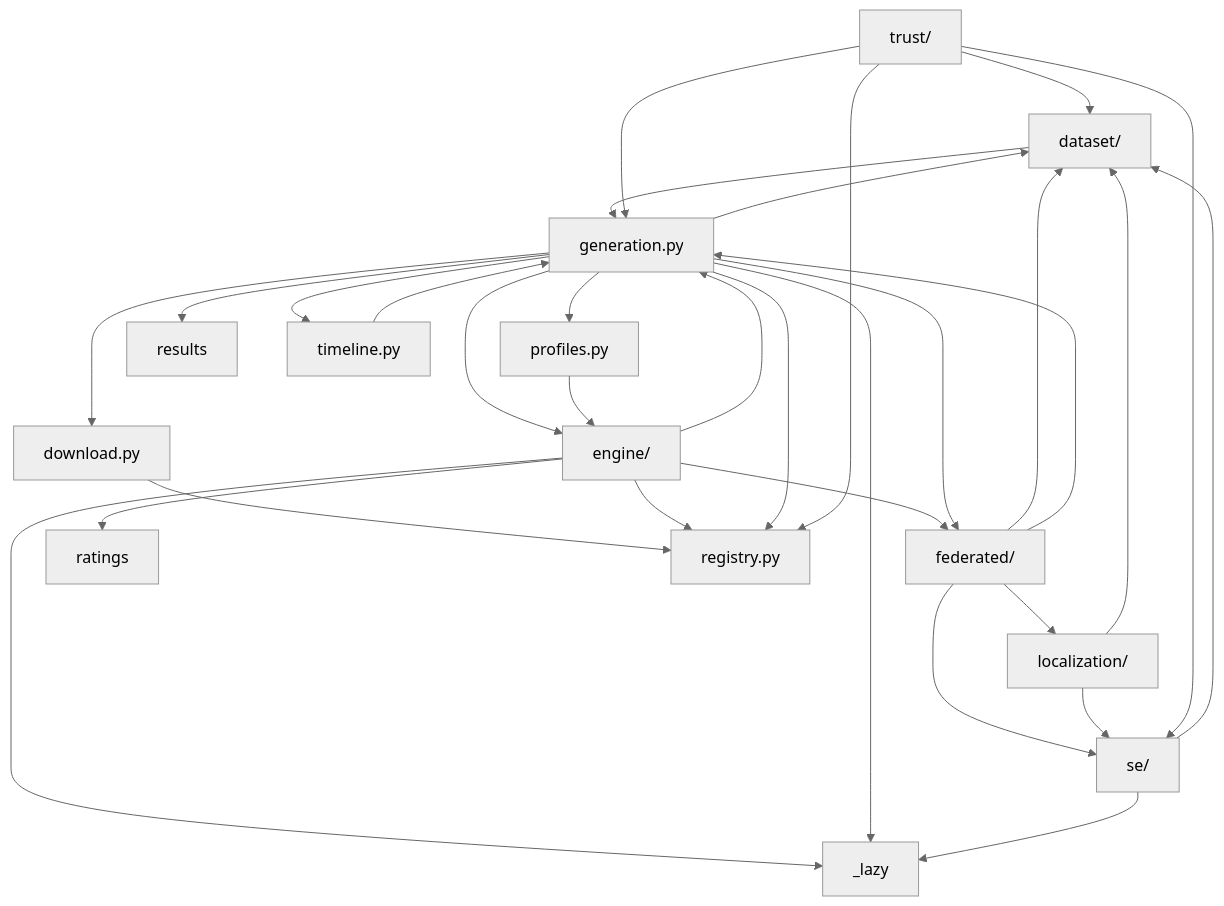
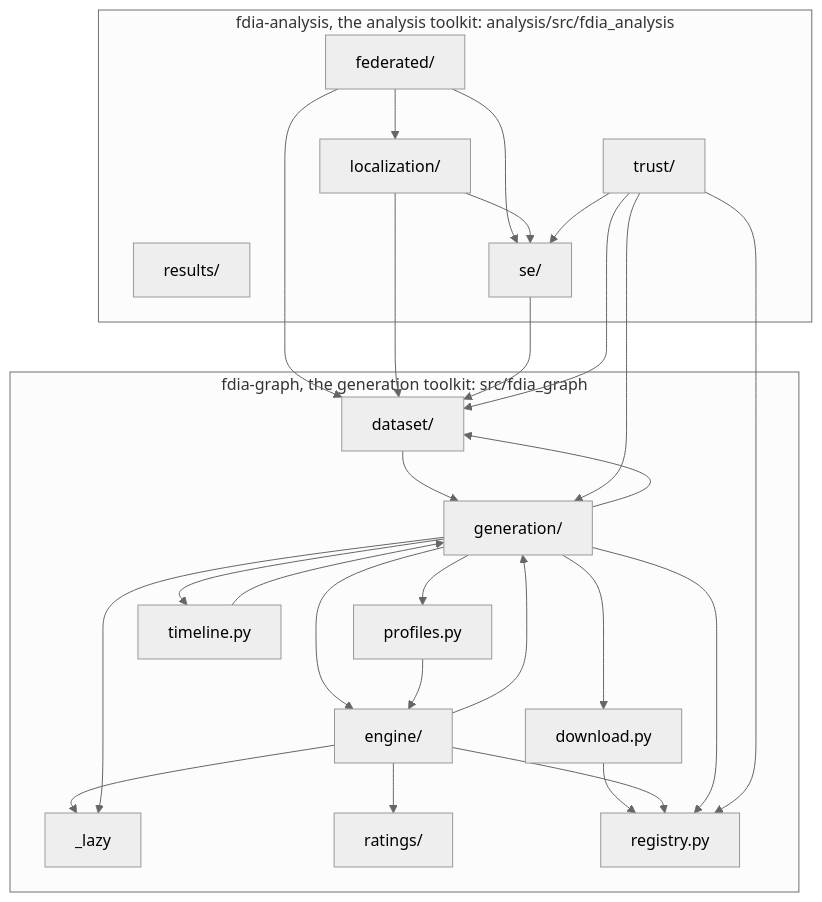
Before and after one commit to myersben9/fdia-graph: the diagram in docs/figures/diagrams/modules.mmd, drawn with Mermaid (neutral theme). The commit also changed 206 other files, not shown here.

First line of the commit message:
Two toolkits in one repository: fdia-graph generates and loads, fdia-analysis analyses (#247)

```diff
--- a/docs/figures/diagrams/modules.mmd
+++ b/docs/figures/diagrams/modules.mmd
@@ -1,45 +1,44 @@
 flowchart TB
-    _lazy["_lazy"]
-    dataset["dataset/"]
-    download["download.py"]
-    engine["engine/"]
-    federated["federated/"]
-    generation["generation.py"]
-    localization["localization/"]
-    profiles["profiles.py"]
-    ratings["ratings"]
-    registry["registry.py"]
-    results["results"]
-    se["se/"]
-    timeline["timeline.py"]
-    trust["trust/"]
+    subgraph fdia_graph["fdia-graph, the generation toolkit: src/fdia_graph"]
+        _lazy["_lazy"]
+        dataset["dataset/"]
+        download["download.py"]
+        engine["engine/"]
+        generation["generation/"]
+        profiles["profiles.py"]
+        ratings["ratings/"]
+        registry["registry.py"]
+        timeline["timeline.py"]
+    end
+    subgraph fdia_analysis["fdia-analysis, the analysis toolkit: analysis/src/fdia_analysis"]
+        federated["federated/"]
+        localization["localization/"]
+        results["results/"]
+        se["se/"]
+        trust["trust/"]
+    end
     dataset --> generation
     download --> registry
     engine --> _lazy
-    engine --> federated
     engine --> generation
     engine --> ratings
     engine --> registry
     federated --> dataset
-    federated --> generation
     federated --> localization
     federated --> se
     generation --> _lazy
     generation --> dataset
     generation --> download
     generation --> engine
-    generation --> federated
     generation --> profiles
     generation --> registry
-    generation --> results
     generation --> timeline
     localization --> dataset
     localization --> se
     profiles --> engine
-    se --> _lazy
     se --> dataset
     timeline --> generation
     trust --> dataset
     trust --> generation
     trust --> registry
     trust --> se
```
